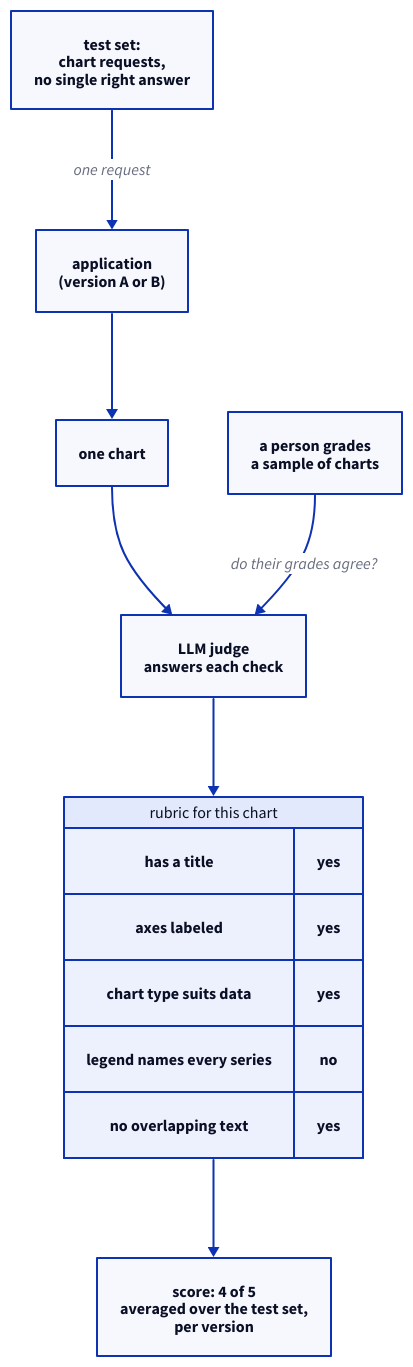
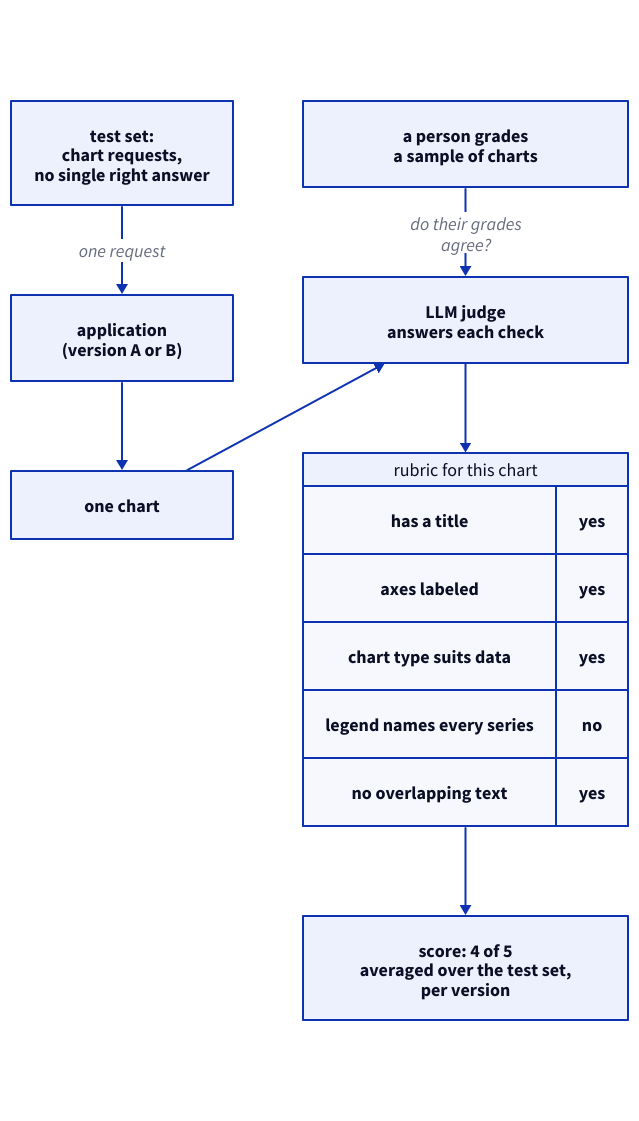
One commit to Tianbo-Qiu/build changed the diagram in content/ai/evals/rubric.d2. Above: the diagram before and after it, drawn with D2. The commit also changed 27 other files, not shown here.

First line of the commit message:
Reflow oversized diagrams for readability

```diff
--- a/content/ai/evals/rubric.d2
+++ b/content/ai/evals/rubric.d2
@@ -1,33 +1,48 @@
-direction: down
+grid-rows: 1
+grid-columns: 2
+grid-gap: 70
 
-set: "test set:\nchart requests,\nno single right answer"
-app: "application\n(version A or B)"
-chart: "one chart"
-judge: "LLM judge\nanswers each check"
-grade: "rubric for this chart" {
-  grid-rows: 5
-  grid-columns: 2
-  grid-gap: 0
-  c1: "has a title"
-  v1: "yes"
-  c2: "axes labeled"
-  v2: "yes"
-  c3: "chart type suits data"
-  v3: "yes"
-  c4: "legend names every series"
-  v4: "no"
-  c5: "no overlapping text"
-  v5: "yes"
+l: "" {
+  style.fill: transparent
+  style.stroke: transparent
+  grid-columns: 1
+  vertical-gap: 90
+  horizontal-gap: 0
+  set: "test set:\nchart requests,\nno single right answer"
+  app: "application\n(version A or B)"
+  chart: "one chart"
+  set -> app: "one request"
+  app -> chart
 }
-score: "score: 4 of 5\naveraged over the test set,\nper version"
-person: "a person grades\na sample of charts"
+r: "" {
+  style.fill: transparent
+  style.stroke: transparent
+  grid-columns: 1
+  vertical-gap: 90
+  horizontal-gap: 0
+  person: "a person grades\na sample of charts"
+  judge: "LLM judge\nanswers each check"
+  grade: "rubric for this chart" {
+    grid-rows: 5
+    grid-columns: 2
+    grid-gap: 0
+    c1: "has a title"
+    v1: "yes"
+    c2: "axes labeled"
+    v2: "yes"
+    c3: "chart type suits data"
+    v3: "yes"
+    c4: "legend names every series"
+    v4: "no"
+    c5: "no overlapping text"
+    v5: "yes"
+  }
+  score: "score: 4 of 5\naveraged over the test set,\nper version"
+  person -> judge: "do their grades\nagree?"
+  judge -> grade
+  grade -> score
+}
+l.chart -> r.judge
 
-set -> app: "one request"
-app -> chart
-chart -> judge
-judge -> grade
-grade -> score
-person -> judge: "do their grades agree?"
-
-**.style.font-size: 16
-(* -> *)[*].style.font-size: 16
+**.style.font-size: 18
+(** -> **)[*].style.font-size: 18
```
